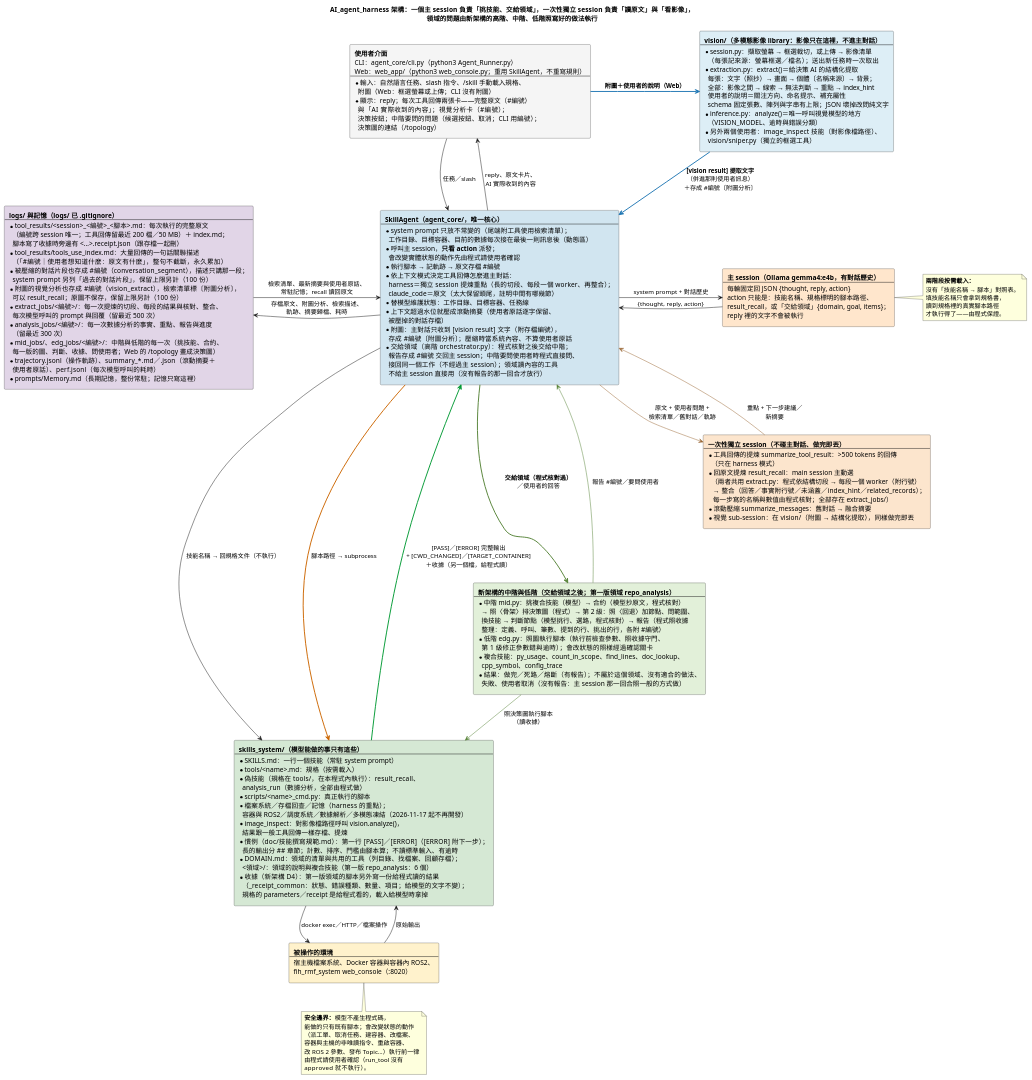
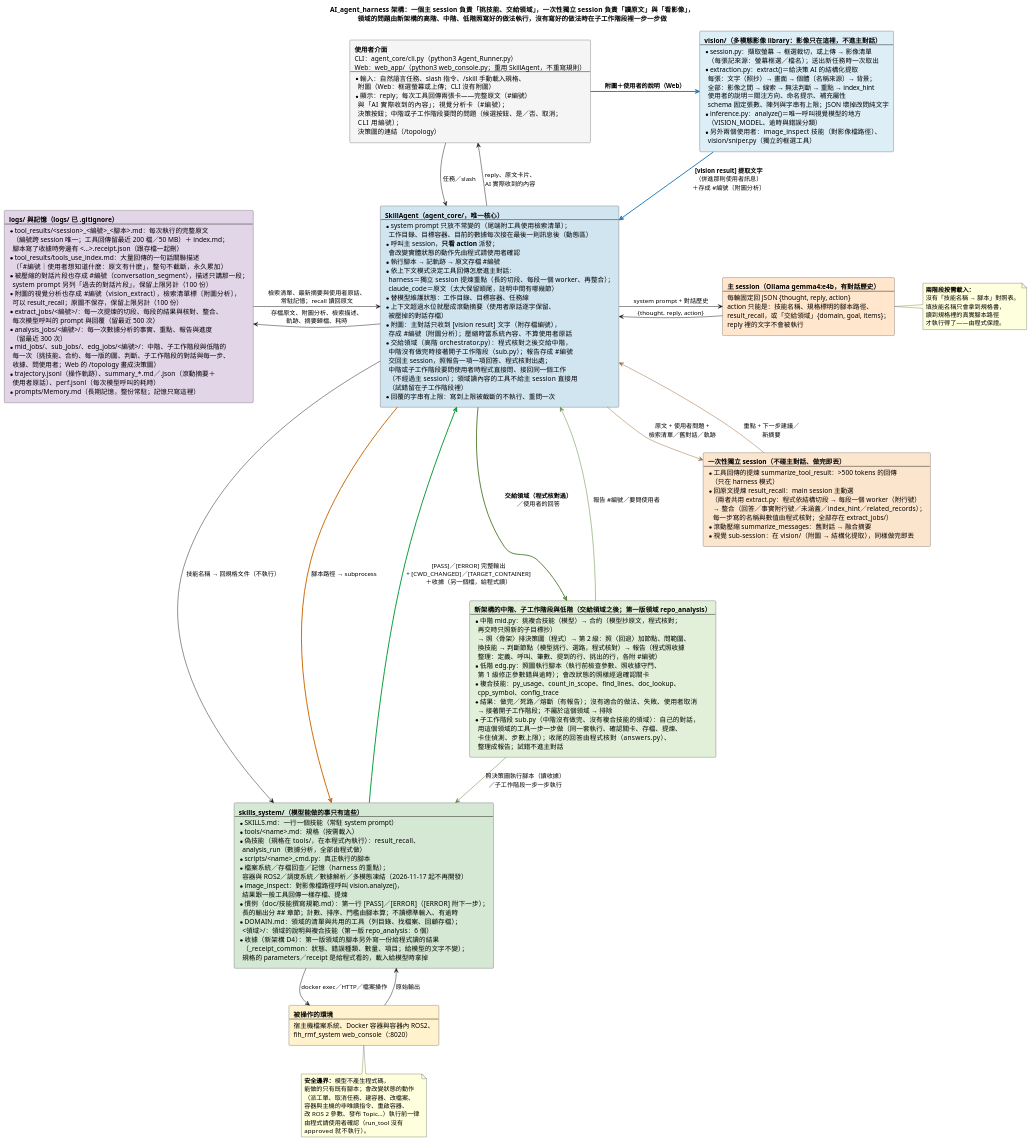
One commit to DavidZox/Coding_agnet changed the diagram in doc/diagrams/AI_agent_harness的說明.puml. Above: the diagram before and after it, drawn with PlantUML. The commit also changed 23 other files, not shown here.

```diff
--- a/doc/diagrams/AI_agent_harness的說明.puml
+++ b/doc/diagrams/AI_agent_harness的說明.puml
@@ -1,190 +1,200 @@
 @startuml
 ' --- 樣式精準控制 ---
 skinparam RectangleWidthMax 340
 skinparam ranksep 60
 skinparam nodesep 60
 skinparam shadowing false
 skinparam defaultFontName "Microsoft JhengHei"
 
-title AI_agent_harness 架構：一個主 session 負責「挑技能、交給領域」，一次性獨立 session 負責「讀原文」與「看影像」，\n領域的問題由新架構的高階、中階、低階照寫好的做法執行
+title AI_agent_harness 架構：一個主 session 負責「挑技能、交給領域」，一次性獨立 session 負責「讀原文」與「看影像」，\n領域的問題由新架構的高階、中階、低階照寫好的做法執行，沒有寫好的做法時在子工作階段裡一步一步做
 
 rectangle NodeUser #F5F5F5 [
   **使用者介面**
   CLI：agent_core/cli.py（python3 Agent_Runner.py）
   Web：web_app/（python3 web_console.py；重用 SkillAgent，不重寫規則）
   ----
   * 輸入：自然語言任務、slash 指令、/skill 手動載入規格、
     附圖（Web：框選螢幕或上傳；CLI 沒有附圖）
   * 顯示：reply；每次工具回傳兩張卡——完整原文（#編號）
     與「AI 實際收到的內容」；視覺分析卡（#編號）；
-    決策按鈕；中階要問的問題（候選按鈕、取消；CLI 用編號）；
+    決策按鈕；中階或子工作階段要問的問題（候選按鈕、是／否、取消；
+    CLI 用編號）；
     決策圖的連結（/topology）
 ]
 
 rectangle NodeVision #DDEEF6 [
   **vision/（多模態影像 library：影像只在這裡，不進主對話）**
   ----
   * session.py：擷取螢幕 → 框選裁切，或上傳 → 影像清單
     （每張記來源：螢幕框選／檔名）；送出新任務時一次取出
   * extraction.py：extract()＝給決策 AI 的結構化提取
     每張：文字（照抄）→ 畫面 → 個體〔名稱來源〕→ 背景；
     全部：影像之間 → 線索 → 無法判斷 → 重點 → index_hint
     使用者的說明＝關注方向、命名提示、補充屬性
     schema 固定張數、陣列與字串有上限；JSON 壞掉改問純文字
   * inference.py：analyze()＝唯一呼叫視覺模型的地方
     （VISION_MODEL、逾時與錯誤分類）
   * 另外兩個使用者：image_inspect 技能（對影像檔路徑）、
     vision/sniper.py（獨立的框選工具）
 ]
 
 rectangle NodeAgent #D1E5F0 [
   **SkillAgent（agent_core/，唯一核心）**
   ----
   * system prompt 只放不常變的（尾端附工具使用檢索清單）；
     工作目錄、目標容器、目前的數據每次接在最後一則訊息後（動態區）
   * 呼叫主 session，**只看 action** 派發；
     會改變實體狀態的動作先由程式請使用者確認
   * 執行腳本 → 記軌跡 → 原文存檔 #編號
   * 依上下文模式決定工具回傳怎麼進主對話：
     harness＝獨立 session 提煉重點（長的切段、每段一個 worker、再整合）；
     claude_code＝原文（太大保留頭尾，註明中間有哪幾節）
   * 替模型維護狀態：工作目錄、目標容器、任務線
   * 上下文超過水位就壓成滾動摘要（使用者原話逐字保留、
     被壓掉的對話存檔）
   * 附圖：主對話只收到 [vision result] 文字（附存檔編號），
     存成 #編號〔附圖分析〕；壓縮時當系統內容、不算使用者原話
-  * 交給領域（高階 orchestrator.py）：程式核對之後交給中階；
-    報告存成 #編號 交回主 session；中階要問使用者時程式直接問、
-    接回同一個工作（不經過主 session）；領域讀內容的工具
-    不給主 session 直接用（沒有報告的那一回合才放行）
+  * 交給領域（高階 orchestrator.py）：程式核對之後交給中階，
+    中階沒有做完時接著開子工作階段（sub.py）；報告存成 #編號
+    交回主 session，照報告一項一項回答、程式核對出處；
+    中階或子工作階段要問使用者時程式直接問、接回同一個工作
+    （不經過主 session）；領域讀內容的工具不給主 session 直接用
+    （試錯留在子工作階段裡）
+  * 回覆的字串有上限：寫到上限被截斷的不執行、重問一次
 ]
 
 rectangle NodeLLM #FFE6CC [
   **主 session（Ollama gemma4:e4b，有對話歷史）**
   ----
   每輪固定回 JSON {thought, reply, action}
   action 只能是：技能名稱、規格標明的腳本路徑、
   result_recall，或「交給領域」{domain, goal, items}；
   reply 裡的文字不會被執行
 ]
 
 rectangle NodeSub #FCE5CD [
   **一次性獨立 session（不碰主對話、做完即丟）**
   ----
   * 工具回傳的提煉 summarize_tool_result：>500 tokens 的回傳
     （只在 harness 模式）
   * 回原文提煉 result_recall：main session 主動選
     （兩者共用 extract.py：程式依結構切段 → 每段一個 worker（附行號）
      → 整合（回答／事實附行號／未涵蓋／index_hint／related_records）；
      每一步寫的名稱與數值由程式核對；全部存在 extract_jobs/）
   * 滾動壓縮 summarize_messages：舊對話 → 融合摘要
   * 視覺 sub-session：在 vision/（附圖 → 結構化提取），同樣做完即丟
 ]
 
 rectangle NodeSkills #D5E8D4 [
   **skills_system/（模型能做的事只有這些）**
   ----
   * SKILLS.md：一行一個技能（常駐 system prompt）
   * tools/<name>.md：規格（按需載入）
   * 偽技能（規格在 tools/，在本程式內執行）：result_recall、
     analysis_run（數據分析，全部由程式做）
   * scripts/<name>_cmd.py：真正執行的腳本
   * 檔案系統／存檔回查／記憶（harness 的重點）；
     容器與 ROS2／調度系統／數據解析／多模態凍結（2026-11-17 起不再開發）
   * image_inspect：對影像檔路徑呼叫 vision.analyze()，
     結果跟一般工具回傳一樣存檔、提煉
   * 慣例（doc/技能撰寫規範.md）：第一行 [PASS]／[ERROR]（[ERROR] 附下一步）；
     長的輸出分 ## 章節；計數、排序、門檻由腳本算；不讀標準輸入、有逾時
   * DOMAIN.md：領域的清單與共用的工具（列目錄、找檔案、回顧存檔）；
     <領域>/：領域的說明與複合技能（第一版 repo_analysis：6 個）
   * 收據（新架構 D4）：第一版領域的腳本另外寫一份給程式讀的結果
     （_receipt_common：狀態、錯誤種類、數量、項目；給模型的文字不變）；
     規格的 parameters／receipt 是給程式看的，載入給模型時拿掉
 ]
 
 rectangle NodeDomain #E2F0D9 [
-  **新架構的中階與低階（交給領域之後；第一版領域 repo_analysis）**
+  **新架構的中階、子工作階段與低階（交給領域之後；第一版領域 repo_analysis）**
   ----
-  * 中階 mid.py：挑複合技能（模型）→ 合約（模型抄原文，程式核對）
+  * 中階 mid.py：挑複合技能（模型）→ 合約（模型抄原文，程式核對；
+    再交時只照新的子目標抄）
     → 照〈骨架〉排決策圖（程式）→ 第 2 級：照〈回退〉加節點、問範圍、
     換技能 → 判斷節點（模型挑行、選路，程式核對）→ 報告（程式照收據
     整理：定義、呼叫、筆數、提到的行、挑出的行，各附 #編號）
   * 低階 edg.py：照圖執行腳本（執行前檢查參數、照收據守門、
     第 1 級修正參數錯與逾時）；會改狀態的照樣經過確認關卡
   * 複合技能：py_usage、count_in_scope、find_lines、doc_lookup、
     cpp_symbol、config_trace
-  * 結果：做完／死路／熔斷（有報告）；不屬於這個領域、沒有適合的做法、
-    失敗、使用者取消（沒有報告：主 session 那一回合照一般的方式做）
+  * 結果：做完／死路／熔斷（有報告）；沒有適合的做法、失敗、使用者取消
+    → 接著開子工作階段；不屬於這個領域 → 排除
+  * 子工作階段 sub.py（中階沒有做完、沒有複合技能的領域）：自己的對話，
+    用這個領域的工具一步一步做（同一套執行、確認關卡、存檔、提煉、
+    卡住偵測、步數上限）；收尾的回答由程式核對（answers.py）、
+    整理成報告；試錯不進主對話
 ]
 
 rectangle NodeWorld #FFF2CC [
   **被操作的環境**
   ----
   宿主機檔案系統、Docker 容器與容器內 ROS2、
   fih_rmf_system web_console（:8020）
 ]
 
 rectangle NodeStore #E1D5E7 [
   **logs/ 與記憶（logs/ 已 .gitignore）**
   ----
   * tool_results/<session>_<編號>_<腳本>.md：每次執行的完整原文
     （編號跨 session 唯一；工具回傳留最近 200 檔／50 MB）＋ index.md；
     腳本寫了收據時旁邊有 <…>.receipt.json（跟存檔一起刪）
   * tool_results/tools_use_index.md：大量回傳的一句話關聯描述
     （「#編號｜使用者想知道什麼：原文有什麼」，整句不截斷，永久累加）
   * 被壓縮的對話片段也存成 #編號（conversation_segment），描述只講那一段；
     system prompt 另列「過去的對話片段」，保留上限另計（100 份）
   * 附圖的視覺分析也存成 #編號（vision_extract），檢索清單標〔附圖分析〕，
     可以 result_recall；原圖不保存，保留上限另計（100 份）
   * extract_jobs/<編號>/：每一次提煉的切段、每段的結果與核對、整合、
     每次模型呼叫的 prompt 與回覆（留最近 500 次）
   * analysis_jobs/<編號>/：每一次數據分析的事實、重點、報告與進度
     （留最近 300 次）
-  * mid_jobs/、edg_jobs/<編號>/：中階與低階的每一次（挑技能、合約、
-    每一版的圖、判斷、收據、問使用者；Web 的 /topology 畫成決策圖）
+  * mid_jobs/、sub_jobs/、edg_jobs/<編號>/：中階、子工作階段與低階的
+    每一次（挑技能、合約、每一版的圖、判斷、子工作階段的對話與每一步、
+    收據、問使用者；Web 的 /topology 畫成決策圖）
   * trajectory.jsonl（操作軌跡）、summary_*.md／.json（滾動摘要＋
     使用者原話）、perf.jsonl（每次模型呼叫的耗時）
   * prompts/Memory.md（長期記憶，整份常駐；記憶只寫這裡）
 ]
 
 NodeUser -down-> NodeAgent : 任務／slash
 NodeAgent -up-> NodeUser : reply、原文卡片、\nAI 實際收到的內容
 NodeAgent -right-> NodeLLM : system prompt + 對話歷史
 NodeLLM -left-> NodeAgent : {thought, reply, action}
 NodeAgent -[#996633]right-> NodeSub : 原文 + 使用者問題 +\n檢索清單／舊對話／軌跡
 NodeSub -[#996633]left-> NodeAgent : 重點 + 下一步建議／\n新摘要
 NodeUser -[#1F77B4,bold]right-> NodeVision : **附圖＋使用者的說明（Web）**
 NodeVision -[#1F77B4,bold]down-> NodeAgent : **[vision result] 提取文字**\n（併進那則使用者訊息）\n＋存成 #編號〔附圖分析〕
 NodeAgent -down-> NodeSkills : 技能名稱 → 回規格文件（不執行）
 NodeAgent -[#CC6600,bold]down-> NodeSkills : 腳本路徑 → subprocess
 NodeSkills -down-> NodeWorld : docker exec／HTTP／檔案操作
 NodeWorld -up-> NodeSkills : 原始輸出
 NodeSkills -[#009933,bold]up-> NodeAgent : [PASS]／[ERROR] 完整輸出\n+ [CWD_CHANGED]／[TARGET_CONTAINER]\n＋收據（另一個檔，給程式讀）
 NodeAgent -left-> NodeStore : 存檔原文、附圖分析、檢索描述、\n軌跡、摘要歸檔、耗時
 NodeAgent -[#548235,bold]right-> NodeDomain : **交給領域（程式核對過）**\n／使用者的回答
 NodeDomain -[#548235]left-> NodeAgent : 報告 #編號／要問使用者
-NodeDomain -[#548235]down-> NodeSkills : 照決策圖執行腳本\n（讀收據）
+NodeDomain -[#548235]down-> NodeSkills : 照決策圖執行腳本（讀收據）\n／子工作階段一步一步執行
 NodeSub -[hidden]down-> NodeDomain
 NodeStore -right-> NodeAgent : 檢索清單、最新摘要與使用者原話、\n常駐記憶；recall 讀回原文
 NodeLLM -[hidden]down-> NodeSub
 NodeVision -[hidden]down-> NodeLLM
 
 note right of NodeLLM
   **兩階段按需載入：**
   沒有「技能名稱 → 腳本」對照表。
   填技能名稱只會拿到規格書，
   讀到規格裡的真實腳本路徑
   才執行得了——由程式保證。
 end note
 
 note bottom of NodeWorld
   **安全邊界：**模型不產生程式碼，
   能做的只有既有腳本；會改變狀態的動作
   （派工單、取消任務、建容器、改檔案、
   容器與主機的非唯讀指令、重啟容器、
   改 ROS 2 參數、發布 Topic…）執行前一律
   由程式請使用者確認（run_tool 沒有
   approved 就不執行）。
 end note
 
 @enduml
```
